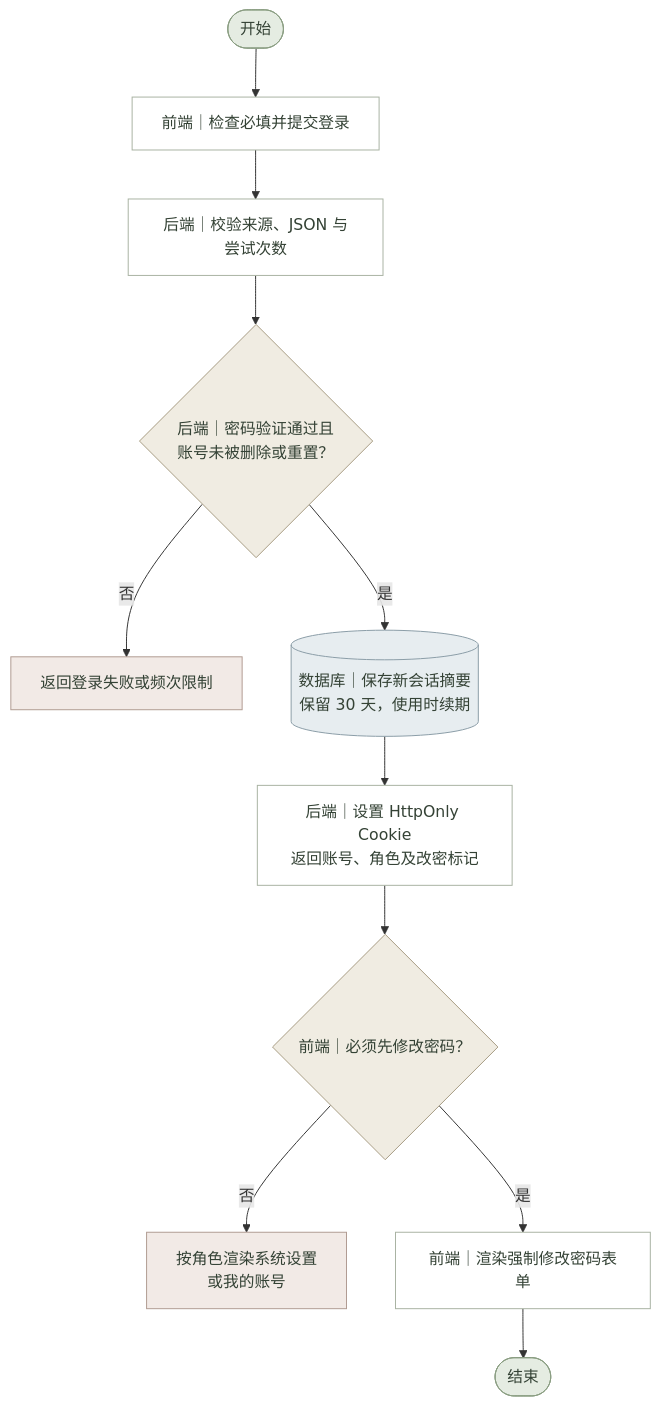
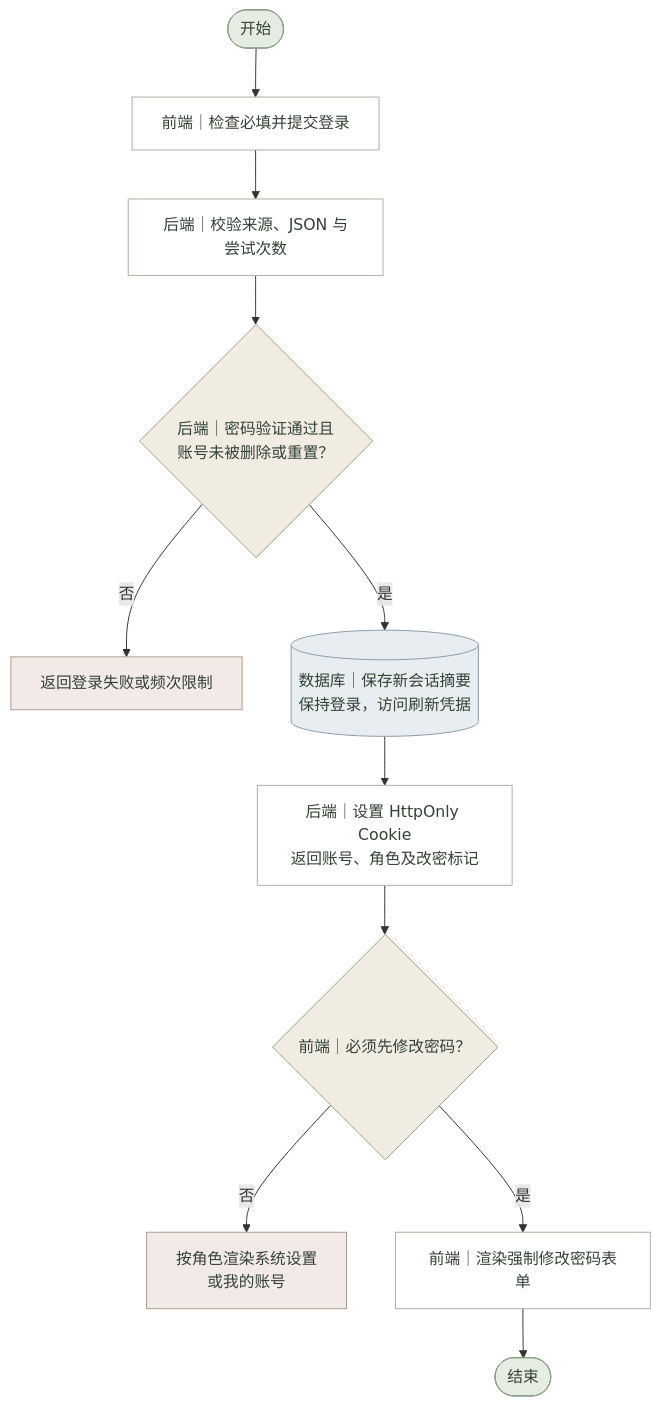
The diagram in 需求文档/流程图源文件/系统流程图/登录.mmd (lichen-lc123/class-assistant), drawn with Mermaid before and after one commit. The commit also changed 31 other files, not shown here.

```diff
--- a/需求文档/流程图源文件/系统流程图/登录.mmd
+++ b/需求文档/流程图源文件/系统流程图/登录.mmd
@@ -1,39 +1,39 @@
 %% 登录 · 系统流程图 · V1.0 · 2026-11-02
 flowchart TD
     N0(["开始"])
     N1["前端｜检查必填并提交登录"]
     N2["后端｜校验来源、JSON 与尝试次数"]
     N3{"后端｜密码验证通过且<br/>账号未被删除或重置？"}
     B3["返回登录失败或频次限制"]
-    N4[("数据库｜保存新会话摘要<br/>保留 30 天，使用时续期")]
+    N4[("数据库｜保存新会话摘要<br/>保持登录，访问刷新凭据")]
     N5["后端｜设置 HttpOnly Cookie<br/>返回账号、角色及改密标记"]
     N6{"前端｜必须先修改密码？"}
     B6["按角色渲染系统设置<br/>或我的账号"]
     N7["前端｜渲染强制修改密码表单"]
     N8(["结束"])
     N0 --> N1
     N1 --> N2
     N2 --> N3
     N3 -->|否| B3
     N3 -->|是| N4
     N4 --> N5
     N5 --> N6
     N6 -->|否| B6
     N6 -->|是| N7
     N7 --> N8
     classDef normal fill:#FFFFFF,stroke:#A8B2A2,color:#344235;
     classDef decision fill:#F0ECE2,stroke:#A69B83,color:#344235;
     classDef terminal fill:#E5ECE2,stroke:#8A9D82,color:#344235;
     classDef exception fill:#F2EAE6,stroke:#B09B91,color:#344235;
     classDef database fill:#E7EDF0,stroke:#8A9CA6,color:#344235;
     class N0 terminal;
     class N1 normal;
     class N2 normal;
     class N3 decision;
     class B3 exception;
     class N4 database;
     class N5 normal;
     class N6 decision;
     class B6 exception;
     class N7 normal;
     class N8 terminal;
```
